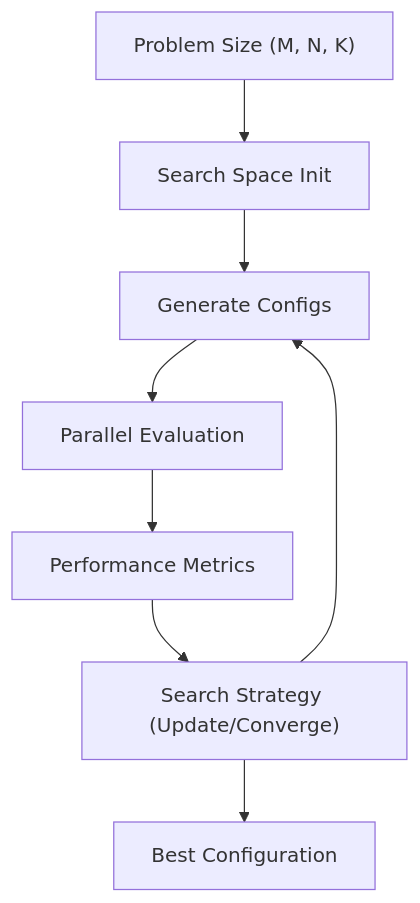
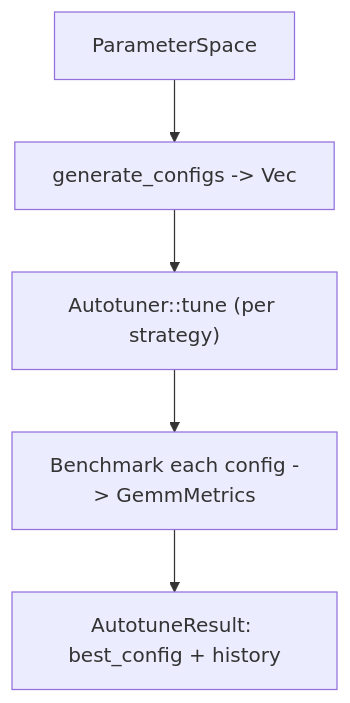
Before and after one commit to jchu0/applied-cs-projects: the third of 3 diagrams in 19-gpu-kernel-optimization/docs/ARCHITECTURE.md, drawn with Mermaid. The commit also changed other lines of this file and 7 other files, not shown here.

````diff
--- a/19-gpu-kernel-optimization/docs/ARCHITECTURE.md
+++ b/19-gpu-kernel-optimization/docs/ARCHITECTURE.md
@@ -104,10 +120,7 @@
 ```mermaid
 flowchart TD
-    Problem["Problem Size (M, N, K)"] --> Init["Search Space Init"]
-    Init --> Generate["Generate Configs"]
-    Generate --> Eval["Parallel Evaluation"]
-    Eval --> Metrics["Performance Metrics"]
-    Metrics --> Strategy["Search Strategy (Update/Converge)"]
-    Strategy --> Generate
-    Strategy --> Best["Best Configuration"]
+    Space["ParameterSpace"] --> Configs["generate_configs -> Vec<GemmConfig>"]
+    Configs --> Search["Autotuner::tune (per strategy)"]
+    Search --> Bench["Benchmark each config -> GemmMetrics"]
+    Bench --> Result["AutotuneResult: best_config + history"]
 ```
````
